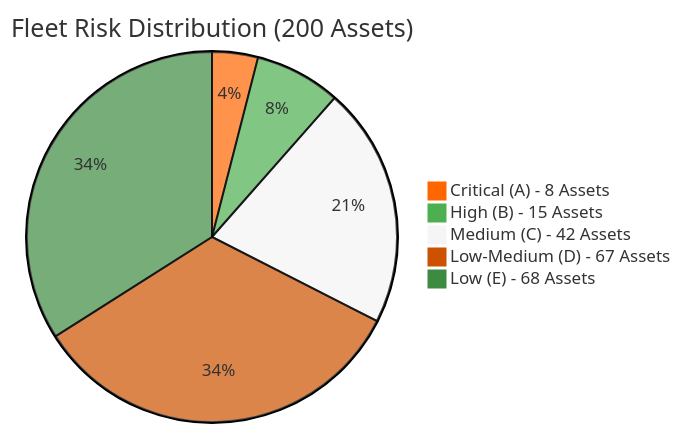
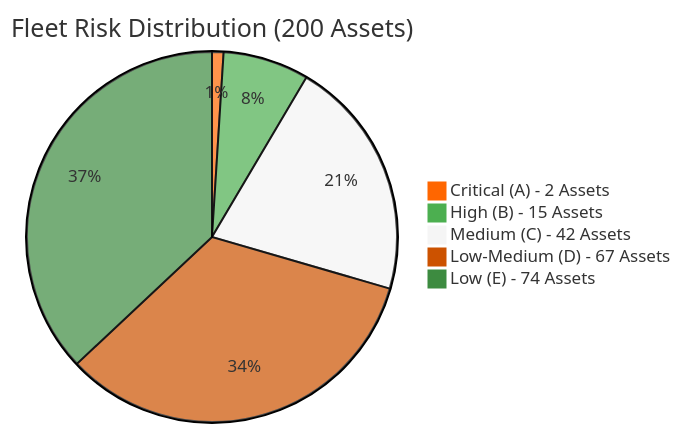
The first of 10 diagrams in scaled_vacuum_report_200.md (StephanieHepp/Risk-Assessment), drawn with Mermaid before and after one commit. The commit also changed other lines of this file, not shown here.

````diff
--- a/scaled_vacuum_report_200.md
+++ b/scaled_vacuum_report_200.md
@@ -14,9 +14,9 @@
 ```mermaid
 %%{init: {'theme':'base', 'themeVariables': {'primaryColor':'#ff6600', 'secondaryColor':'#4CAF50', 'tertiaryColor':'#f5f5f5'}}}%%
 pie title Fleet Risk Distribution (200 Assets)
-    "Critical (A) - 8 Assets" : 8
+    "Critical (A) - 2 Assets" : 2
     "High (B) - 15 Assets" : 15
     "Medium (C) - 42 Assets" : 42
     "Low-Medium (D) - 67 Assets" : 67
-    "Low (E) - 68 Assets" : 68
+    "Low (E) - 74 Assets" : 74
 ```
````
